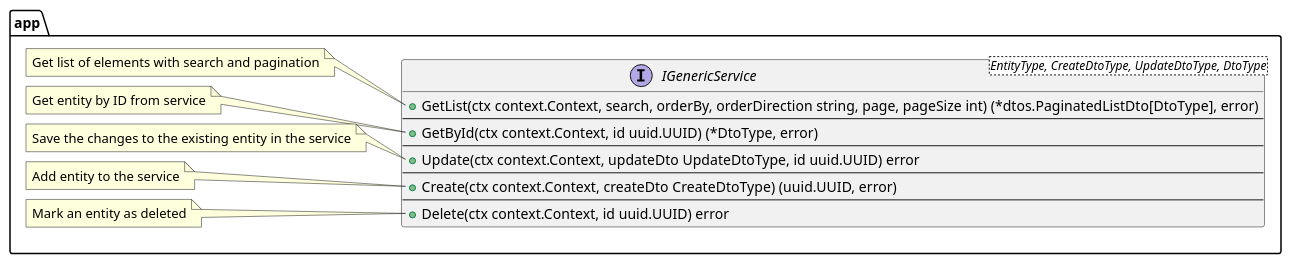
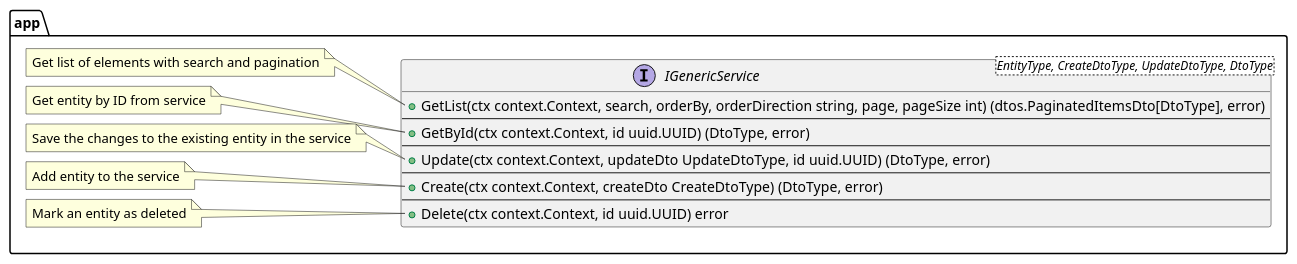
Before and after one commit to lf-edge/rol: the diagram in docs/plantuml/interfaces/IGenericService.puml, drawn with PlantUML. The commit also changed 4 other files, not shown here.

Commit message:
docs: puml: switch return entity and dto types to types without pointers and switch from PaginatedLisrDto to PaginatedItemsDto struct for paginated services results

```diff
--- a/docs/plantuml/interfaces/IGenericService.puml
+++ b/docs/plantuml/interfaces/IGenericService.puml
@@ -1,36 +1,36 @@
 @startuml IGenericService
 
 package app {
     interface IGenericService<EntityType, CreateDtoType, UpdateDtoType, DtoType> {
-        +GetList(ctx context.Context, search, orderBy, orderDirection string, page, pageSize int) (*dtos.PaginatedListDto[DtoType], error)
+        +GetList(ctx context.Context, search, orderBy, orderDirection string, page, pageSize int) (dtos.PaginatedItemsDto[DtoType], error)
         --
-        +GetById(ctx context.Context, id uuid.UUID) (*DtoType, error)
+        +GetById(ctx context.Context, id uuid.UUID) (DtoType, error)
         --
-        +Update(ctx context.Context, updateDto UpdateDtoType, id uuid.UUID) error
+        +Update(ctx context.Context, updateDto UpdateDtoType, id uuid.UUID) (DtoType, error)
         --
-        +Create(ctx context.Context, createDto CreateDtoType) (uuid.UUID, error)
+        +Create(ctx context.Context, createDto CreateDtoType) (DtoType, error)
         --
         +Delete(ctx context.Context, id uuid.UUID) error
     }
     note left of IGenericService::GetList
         Get list of elements with search and pagination
     end note
 
     note left of IGenericService::GetById
         Get entity by ID from service
     end note
 
     note left of IGenericService::Update
         Save the changes to the existing entity in the service
     end note
 
     note left of IGenericService::Create
         Add entity to the service
     end note
 
     note left of IGenericService::Delete
         Mark an entity as deleted
     end note
 }
 
 @enduml
```
